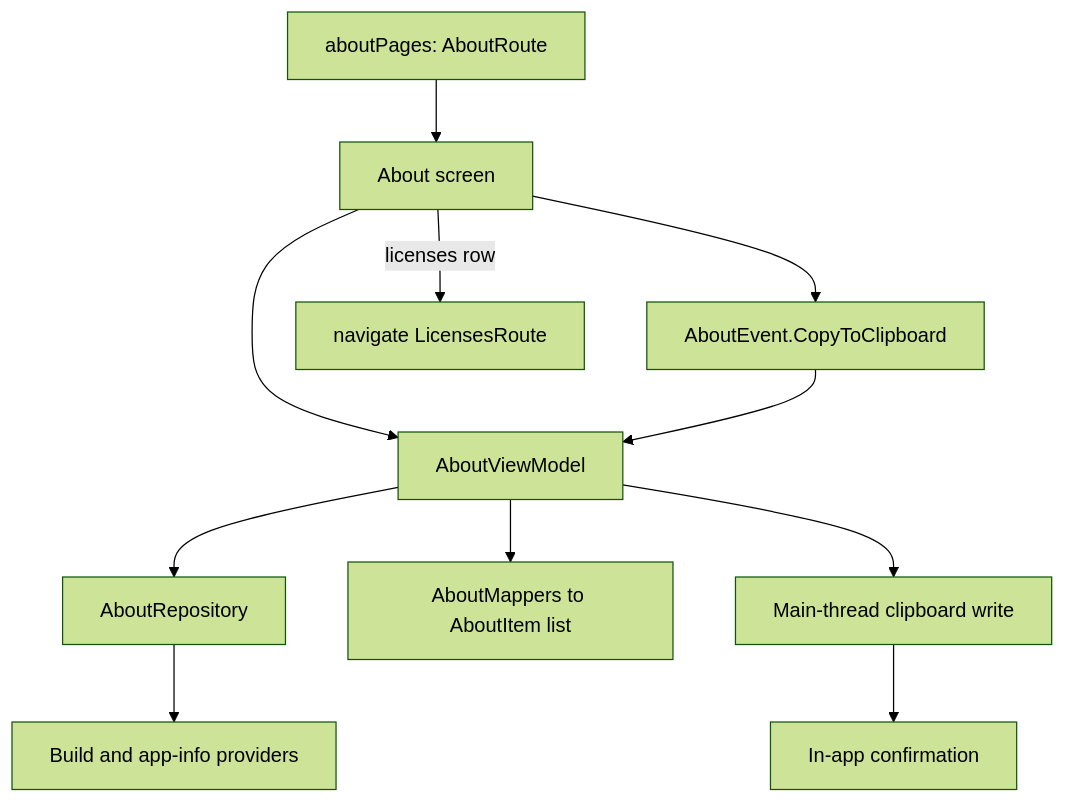
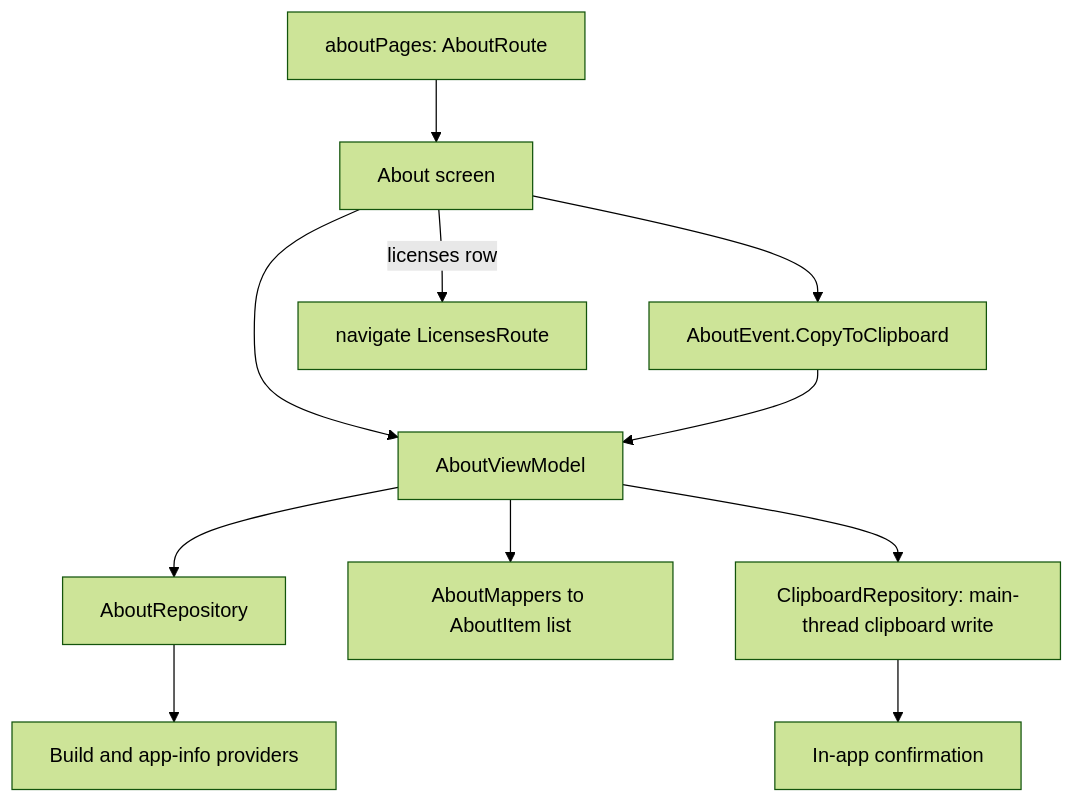
The diagram in library/feature/about/README.md (MihaiCristianCondrea/App-Toolkit-for-Android), drawn with Mermaid (forest theme) before and after one commit. The commit also changed other lines of this file and 97 other files, not shown here.

````diff
--- a/library/feature/about/README.md
+++ b/library/feature/about/README.md
@@ -52,13 +52,13 @@
 ```mermaid
 flowchart TD
     AboutScreen[About screen] --> AboutVM[AboutViewModel]
     AboutVM --> AboutRepo[AboutRepository]
     AboutRepo --> Build[Build and app-info providers]
     AboutVM --> Mapper[AboutMappers to AboutItem list]
     AboutScreen --> CopyEvent[AboutEvent.CopyToClipboard]
     CopyEvent --> AboutVM
-    AboutVM --> Clipboard[Main-thread clipboard write]
+    AboutVM --> Clipboard[ClipboardRepository: main-thread clipboard write]
     Clipboard --> Snackbar[In-app confirmation]
     Page[aboutPages: AboutRoute] --> AboutScreen
     AboutScreen -->|licenses row| Licenses[navigate LicensesRoute]
 ```
````
